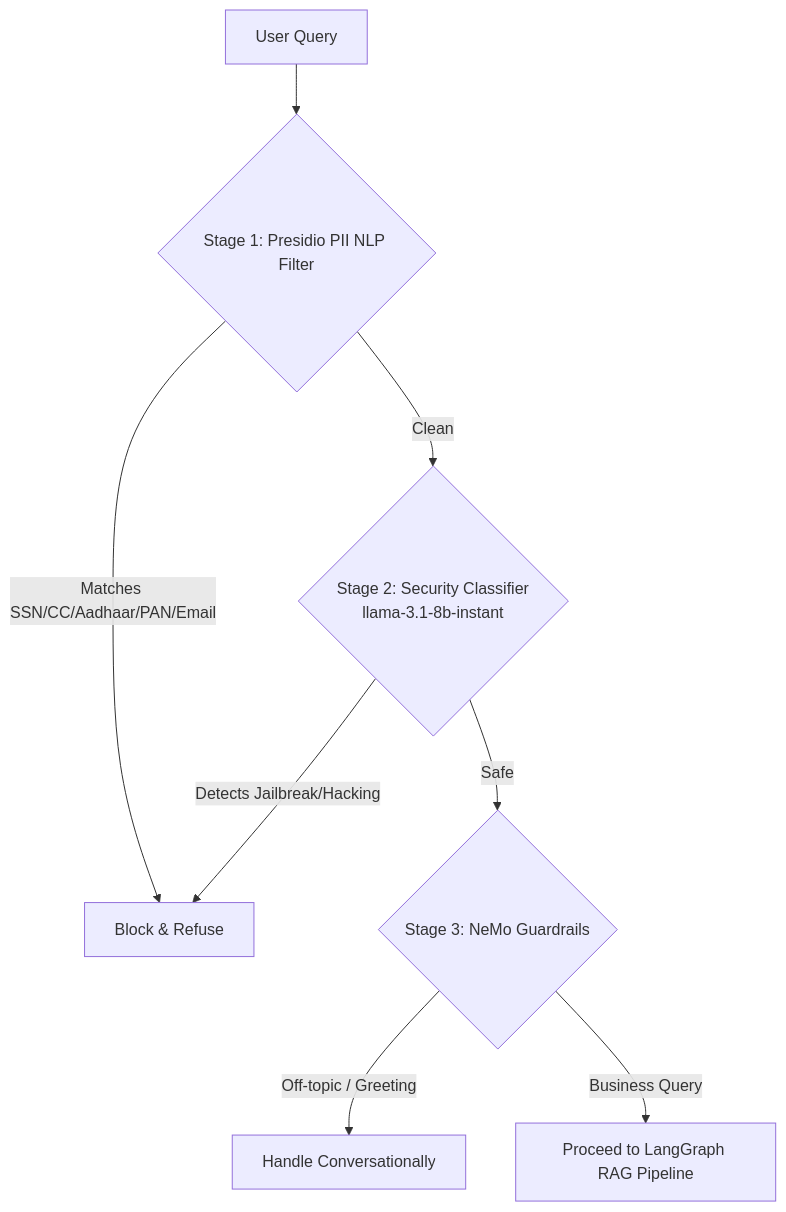
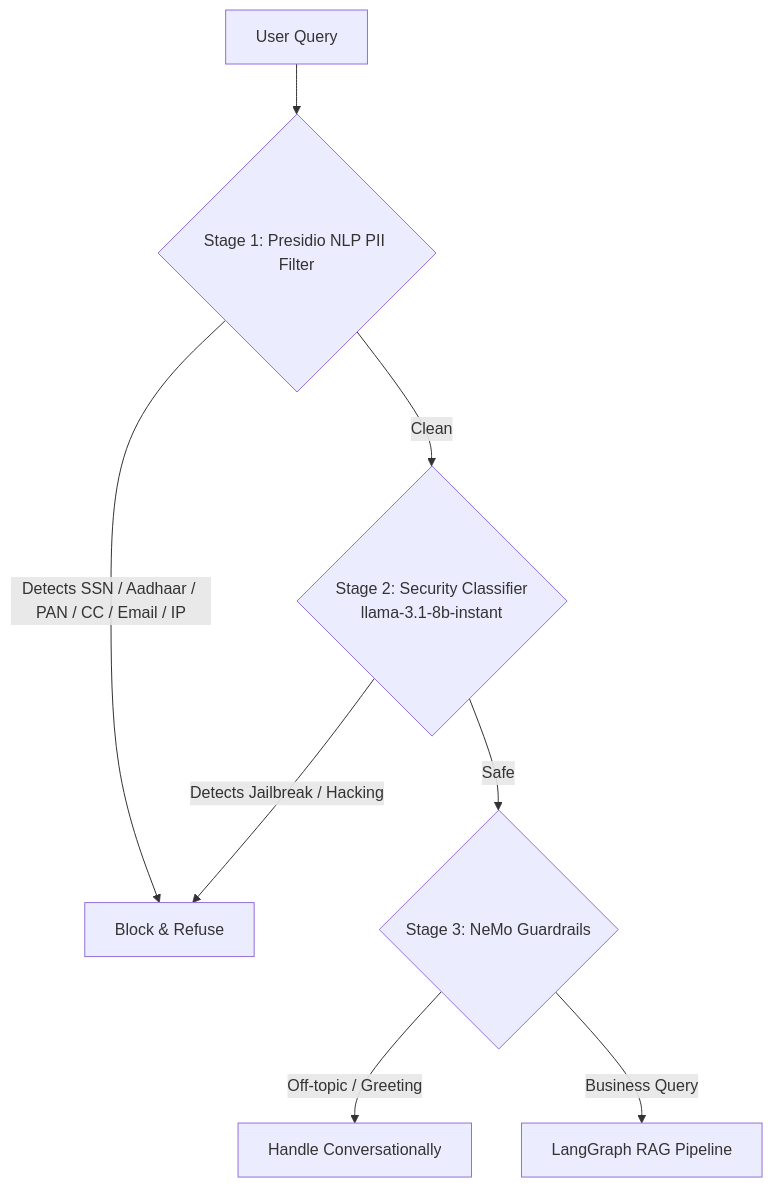
The first of 2 diagrams in README.md (Pratyaksh-Singhal/Enterprise-RAG-System), drawn with Mermaid before and after one commit. The commit also changed other lines of this file, not shown here.

````diff
--- a/README.md
+++ b/README.md
@@ -75,10 +42,10 @@
 ```mermaid
 flowchart TD
-    A[User Query] --> B{Stage 1: Presidio PII NLP Filter}
-    B -- Matches SSN/CC/Aadhaar/PAN/Email --> C[Block & Refuse]
-    B -- Clean --> D{Stage 2: Security Classifier\nllama-3.1-8b-instant}
-    D -- Detects Jailbreak/Hacking --> C
+    A[User Query] --> B{Stage 1: Presidio NLP PII Filter}
+    B -- "Detects SSN / Aadhaar / PAN / CC / Email / IP" --> C[Block & Refuse]
+    B -- Clean --> D{"Stage 2: Security Classifier\nllama-3.1-8b-instant"}
+    D -- Detects Jailbreak / Hacking --> C
     D -- Safe --> E{Stage 3: NeMo Guardrails}
     E -- Off-topic / Greeting --> F[Handle Conversationally]
-    E -- Business Query --> G[Proceed to LangGraph RAG Pipeline]
+    E -- Business Query --> G[LangGraph RAG Pipeline]
 ```
````
